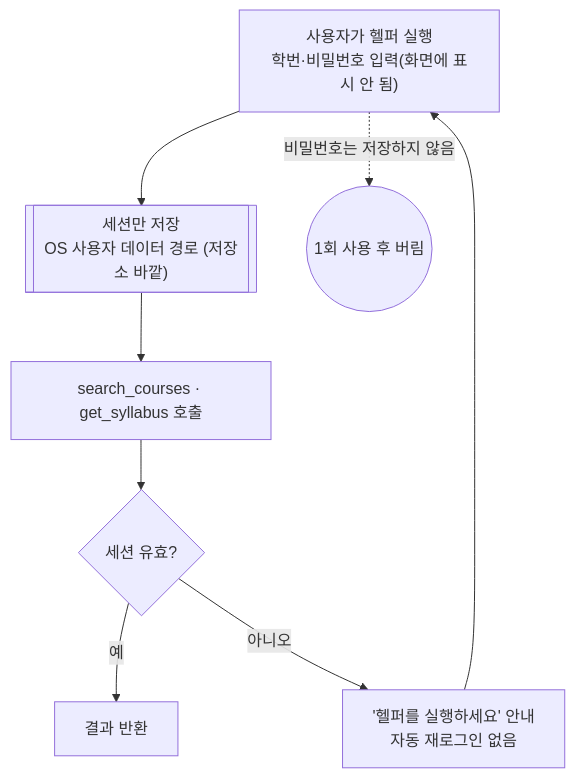
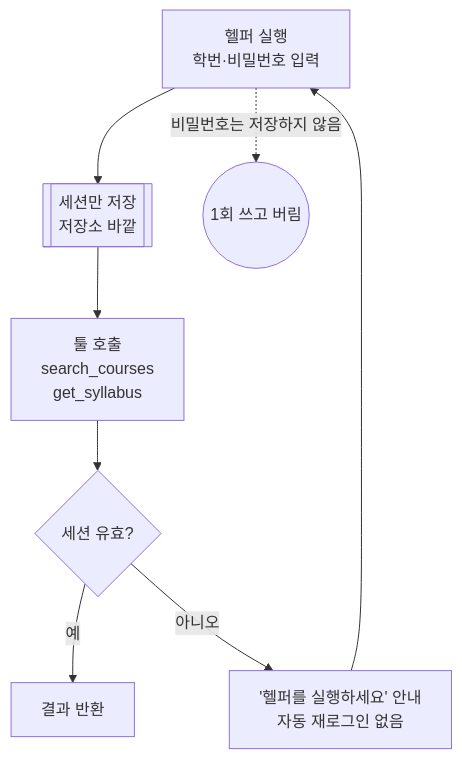
Before and after one commit to 4thIS/hachathon_mjc_mcp: the fourth of 4 diagrams in README.md, drawn with Mermaid.

Commit message:
docs: 로그인 flowchart 라벨이 노드 밖으로 잘리지 않게 축약
GitHub 렌더링을 실제로 확인한 결과(Playwright), 다이어그램 4개는 모두
정상 렌더링되지만 로그인 flowchart의 긴 라벨은 노드 박스를 넘어
잘려 보인다. 정보 손실 없이 문구만 줄인다.

````diff
--- a/README.md
+++ b/README.md
@@ -153,10 +153,10 @@
 ```mermaid
 flowchart TD
-    Helper["사용자가 헬퍼 실행<br/>학번·비밀번호 입력(화면에 표시 안 됨)"] --> Store[["세션만 저장<br/>OS 사용자 데이터 경로 (저장소 바깥)"]]
-    Helper -.->|비밀번호는 저장하지 않음| Discard(("1회 사용 후 버림"))
-    Store --> Call["search_courses · get_syllabus 호출"]
+    Helper["헬퍼 실행<br/>학번·비밀번호 입력"] --> Store[["세션만 저장<br/>저장소 바깥"]]
+    Helper -.->|비밀번호는 저장하지 않음| Discard(("1회 쓰고 버림"))
+    Store --> Call["툴 호출<br/>search_courses<br/>get_syllabus"]
     Call --> Valid{"세션 유효?"}
     Valid -->|예| OK["결과 반환"]
     Valid -->|아니오| Guide["'헬퍼를 실행하세요' 안내<br/>자동 재로그인 없음"]
     Guide --> Helper
 ```
````
